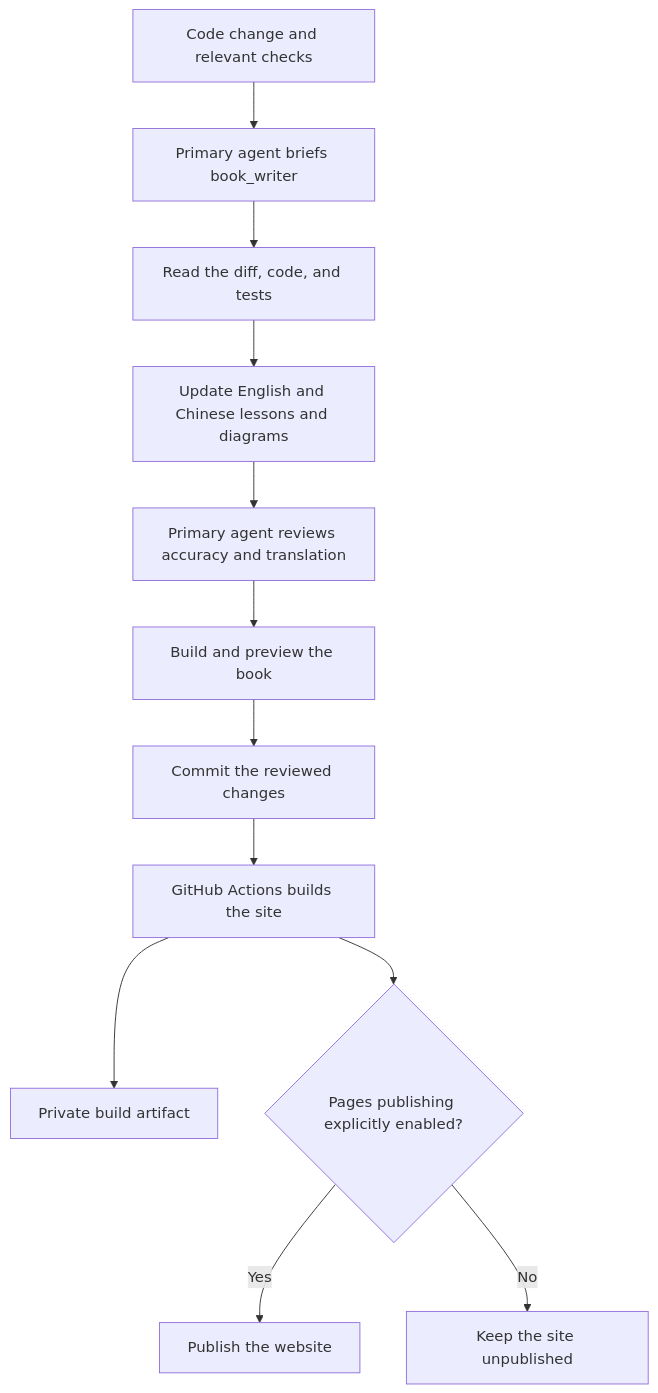
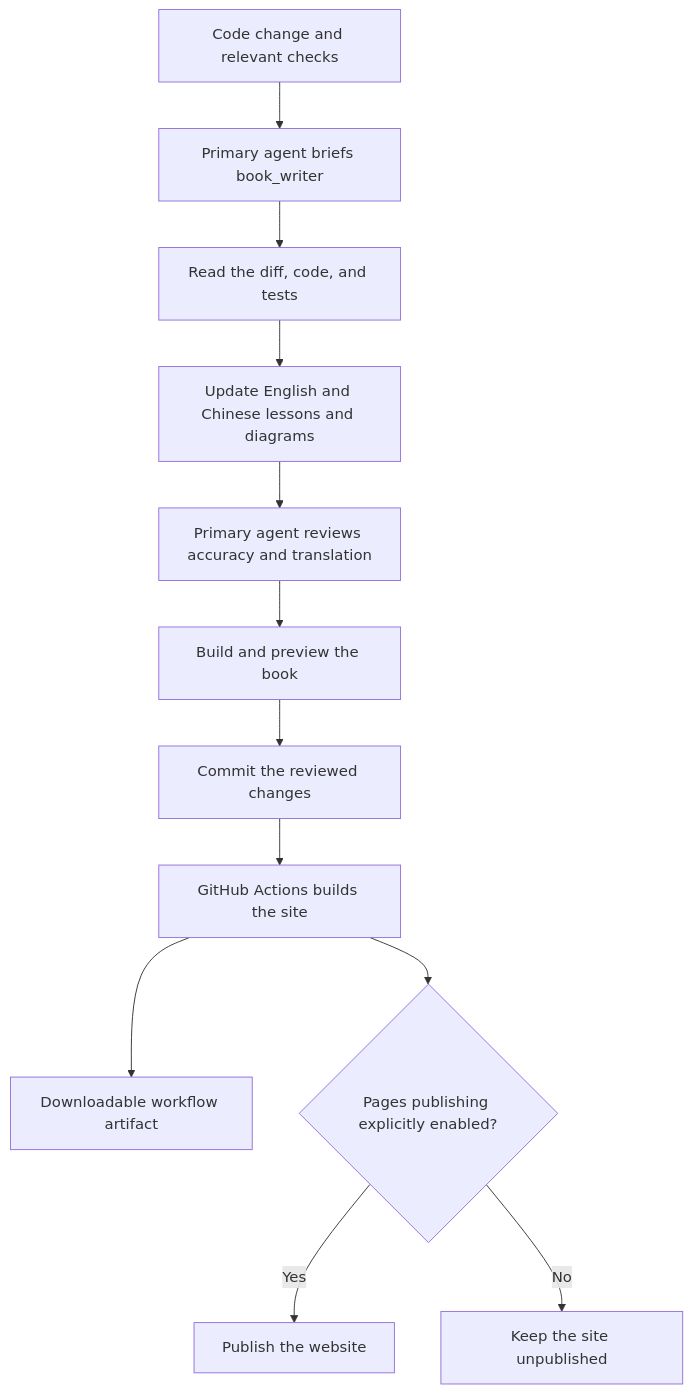
Before and after one commit to qshine/mino: the diagram in docs/books/en/maintaining-the-book.md, drawn with Mermaid. The commit also changed other lines of this file and 11 other files, not shown here.

````diff
--- a/docs/books/en/maintaining-the-book.md
+++ b/docs/books/en/maintaining-the-book.md
@@ -17,16 +17,16 @@
 ```mermaid
 flowchart TD
     accTitle: Code and book update workflow
     accDescr: After a verified code change, the primary Codex agent delegates documentation to the writer, reviews it, and builds the bilingual book before a commit. GitHub then builds the site; public deployment is disabled by default.
     A[Code change and relevant checks] --> B[Primary agent briefs book_writer]
     B --> C[Read the diff, code, and tests]
     C --> D[Update English and Chinese lessons and diagrams]
     D --> E[Primary agent reviews accuracy and translation]
     E --> F[Build and preview the book]
     F --> G[Commit the reviewed changes]
     G --> H[GitHub Actions builds the site]
-    H --> I[Private build artifact]
+    H --> I[Downloadable workflow artifact]
     H --> J{Pages publishing explicitly enabled?}
     J -->|Yes| K[Publish the website]
     J -->|No| L[Keep the site unpublished]
 ```
````
